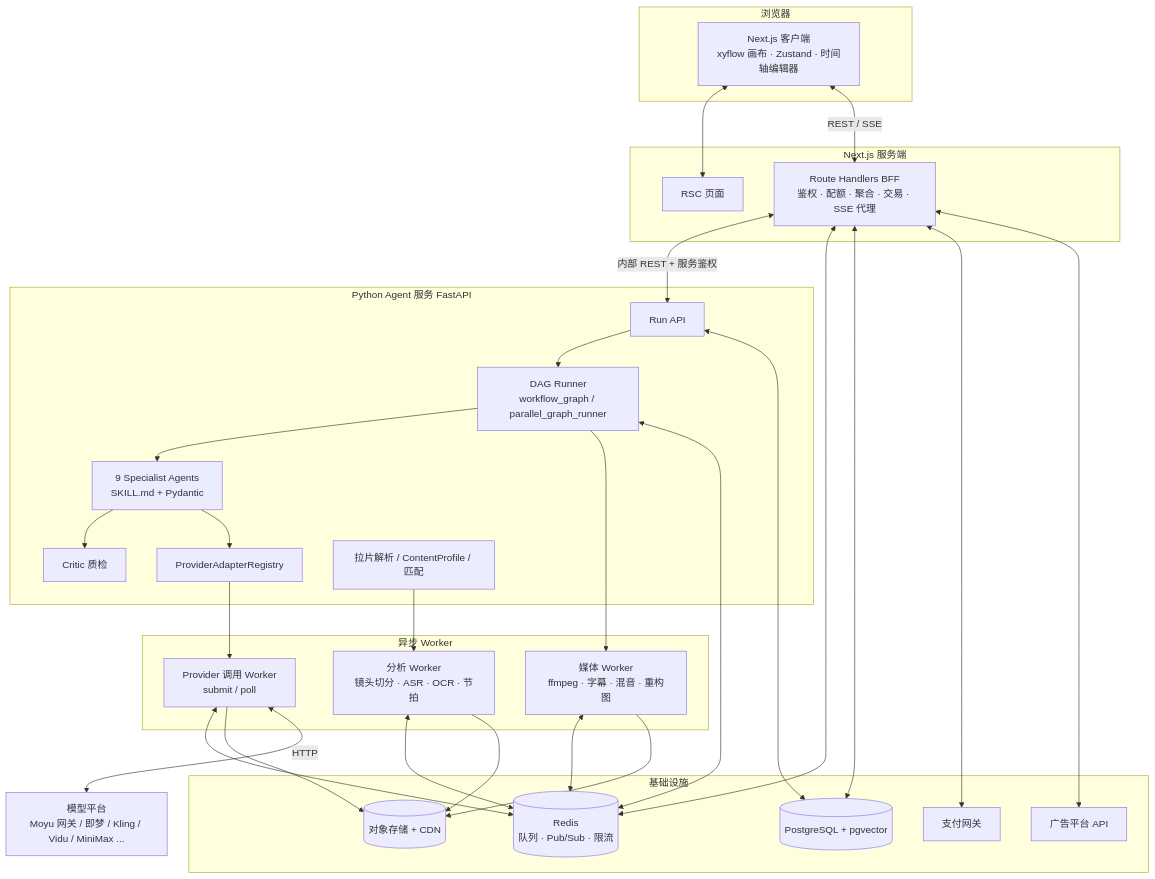
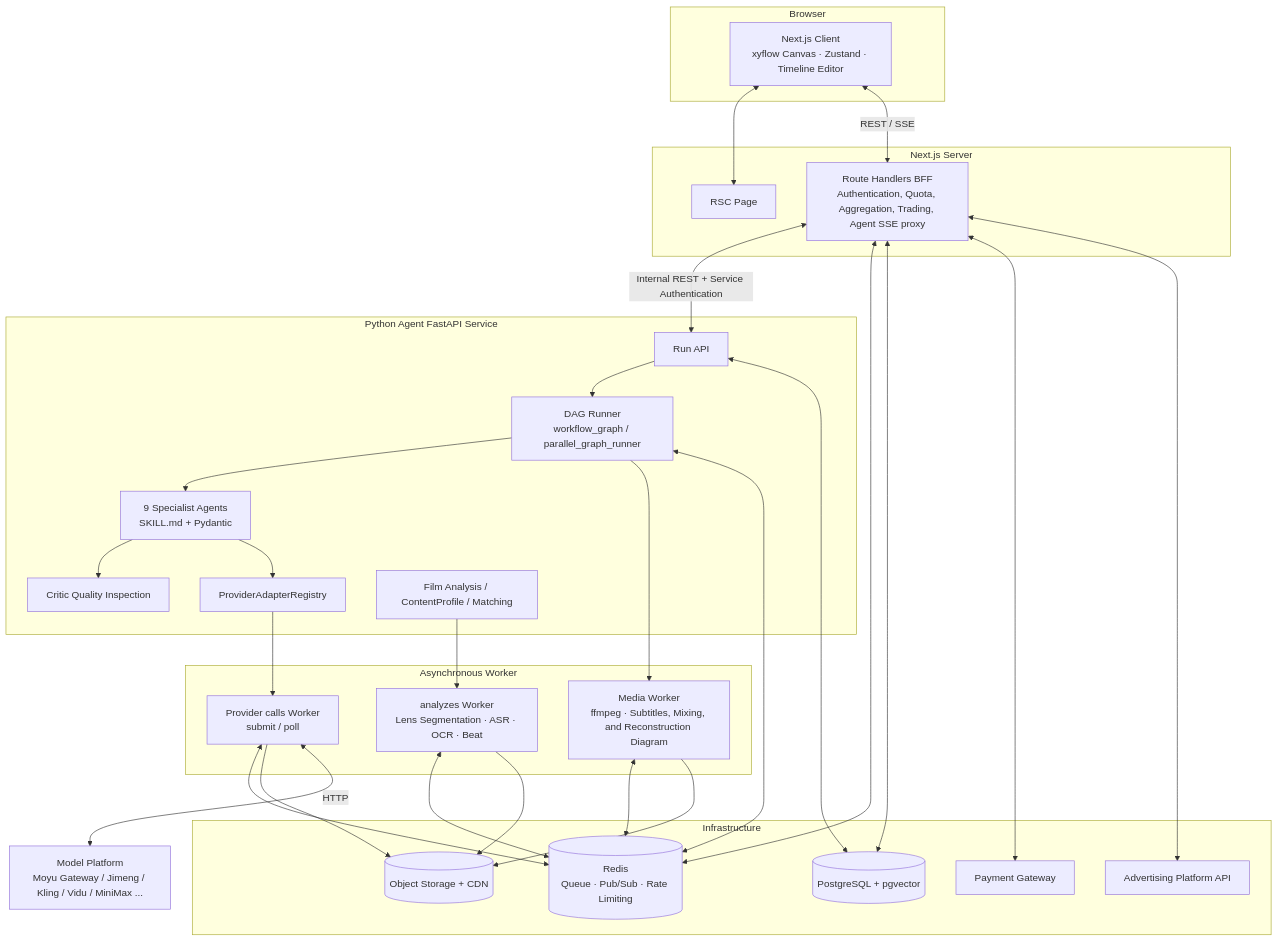
Diagram 17 of 17 in docs/prd.md (Runqi518/SPARKLE-AI---Your-Creativity-Deserves-a-Market), drawn with Mermaid before and after one commit. The commit also changed other lines of this file and 60 other files, not shown here.

````diff
--- a/docs/prd.md
+++ b/docs/prd.md
@@ -1592,46 +1566,46 @@
 ```mermaid
 flowchart TB
-    subgraph Client[浏览器]
-        UI[Next.js 客户端<br/>xyflow 画布 · Zustand · 时间轴编辑器]
+    subgraph Client[Browser]
+        UI[Next.js Client<br/>xyflow Canvas · Zustand · Timeline Editor]
     end
-    subgraph Web[Next.js 服务端]
-        RSC[RSC 页面]
-        BFF[Route Handlers BFF<br/>鉴权 · 配额 · 聚合 · 交易 · SSE 代理]
+    subgraph Web[Next.js Server]
+        RSC[RSC Page]
+        BFF[Route Handlers BFF<br/>Authentication, Quota, Aggregation, Trading, Agent SSE proxy]
     end
-    subgraph Agent[Python Agent 服务 FastAPI]
+    subgraph Agent[Python Agent FastAPI Service]
         API[Run API]
         ORC[DAG Runner<br/>workflow_graph / parallel_graph_runner]
         SPE[9 Specialist Agents<br/>SKILL.md + Pydantic]
-        CRI[Critic 质检]
+        CRI[Critic Quality Inspection]
         REG[ProviderAdapterRegistry]
-        ANA[拉片解析 / ContentProfile / 匹配]
+        ANA[Film Analysis / ContentProfile / Matching]
     end
-    subgraph Workers[异步 Worker]
-        WP[Provider 调用 Worker<br/>submit / poll]
-        WM[媒体 Worker<br/>ffmpeg · 字幕 · 混音 · 重构图]
-        WA[分析 Worker<br/>镜头切分 · ASR · OCR · 节拍]
+    subgraph Workers[Asynchronous Worker]
+        WP[Provider calls Worker<br/>submit / poll]
+        WM[Media Worker<br/>ffmpeg · Subtitles, Mixing, and Reconstruction Diagram]
+        WA[analyzes Worker<br/>Lens Segmentation · ASR · OCR · Beat]
     end
-    subgraph Infra[基础设施]
+    subgraph Infra[Infrastructure]
         PG[(PostgreSQL + pgvector)]
-        RD[(Redis<br/>队列 · Pub/Sub · 限流)]
-        OS[(对象存储 + CDN)]
-        PAY[支付网关]
-        ADS[广告平台 API]
+        RD[(Redis<br/>Queue · Pub/Sub · Rate Limiting)]
+        OS[(Object Storage + CDN)]
+        PAY[Payment Gateway]
+        ADS[Advertising Platform API]
     end
     UI <--> RSC
     UI <-->|REST / SSE| BFF
-    BFF <-->|内部 REST + 服务鉴权| API
+    BFF <-->|Internal REST + Service Authentication| API
     API --> ORC --> SPE
     SPE --> CRI
     SPE --> REG --> WP
     ORC --> WM
     ANA --> WA
     WP & WM & WA <--> RD
     ORC <--> RD
     BFF <--> RD
     BFF & API <--> PG
     WP & WM & WA --> OS
     BFF <--> PAY
     BFF <--> ADS
-    WP <-->|HTTP| EXT[模型平台<br/>Moyu 网关 / 即梦 / Kling / Vidu / MiniMax ...]
+    WP <-->|HTTP| EXT[Model Platform<br/>Moyu Gateway / Jimeng / Kling / Vidu / MiniMax ...]
 ```
````
